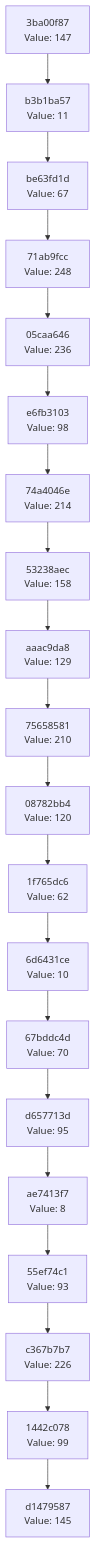
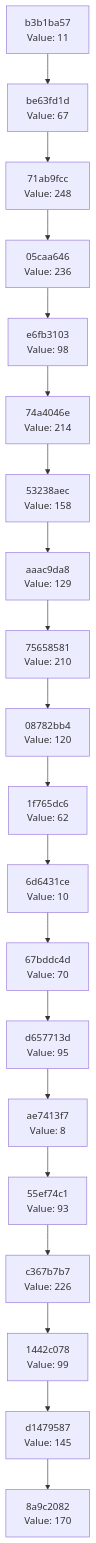
Before and after one commit to Abhisheksinha1506/hash-chain-evolver: the diagram in docs/CHAIN_VISUALIZATION.md, drawn with Mermaid. The commit also changed 3 other files, not shown here.

````diff
--- a/docs/CHAIN_VISUALIZATION.md
+++ b/docs/CHAIN_VISUALIZATION.md
@@ -3,42 +3,42 @@
 ```mermaid
 graph TD
-    C0["d1479587<br/>Value: 145"]
-    C1["1442c078<br/>Value: 99"]
+    C0["8a9c2082<br/>Value: 170"]
+    C1["d1479587<br/>Value: 145"]
     C1 --> C0
-    C2["c367b7b7<br/>Value: 226"]
+    C2["1442c078<br/>Value: 99"]
     C2 --> C1
-    C3["55ef74c1<br/>Value: 93"]
+    C3["c367b7b7<br/>Value: 226"]
     C3 --> C2
-    C4["ae7413f7<br/>Value: 8"]
+    C4["55ef74c1<br/>Value: 93"]
     C4 --> C3
-    C5["d657713d<br/>Value: 95"]
+    C5["ae7413f7<br/>Value: 8"]
     C5 --> C4
-    C6["67bddc4d<br/>Value: 70"]
+    C6["d657713d<br/>Value: 95"]
     C6 --> C5
-    C7["6d6431ce<br/>Value: 10"]
+    C7["67bddc4d<br/>Value: 70"]
     C7 --> C6
-    C8["1f765dc6<br/>Value: 62"]
+    C8["6d6431ce<br/>Value: 10"]
     C8 --> C7
-    C9["08782bb4<br/>Value: 120"]
+    C9["1f765dc6<br/>Value: 62"]
     C9 --> C8
-    C10["75658581<br/>Value: 210"]
+    C10["08782bb4<br/>Value: 120"]
     C10 --> C9
-    C11["aaac9da8<br/>Value: 129"]
+    C11["75658581<br/>Value: 210"]
     C11 --> C10
-    C12["53238aec<br/>Value: 158"]
+    C12["aaac9da8<br/>Value: 129"]
     C12 --> C11
-    C13["74a4046e<br/>Value: 214"]
+    C13["53238aec<br/>Value: 158"]
     C13 --> C12
-    C14["e6fb3103<br/>Value: 98"]
+    C14["74a4046e<br/>Value: 214"]
     C14 --> C13
-    C15["05caa646<br/>Value: 236"]
+    C15["e6fb3103<br/>Value: 98"]
     C15 --> C14
-    C16["71ab9fcc<br/>Value: 248"]
+    C16["05caa646<br/>Value: 236"]
     C16 --> C15
-    C17["be63fd1d<br/>Value: 67"]
+    C17["71ab9fcc<br/>Value: 248"]
     C17 --> C16
-    C18["b3b1ba57<br/>Value: 11"]
+    C18["be63fd1d<br/>Value: 67"]
     C18 --> C17
-    C19["3ba00f87<br/>Value: 147"]
+    C19["b3b1ba57<br/>Value: 11"]
     C19 --> C18
 ```
````
